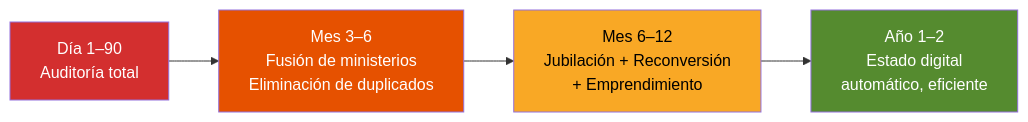
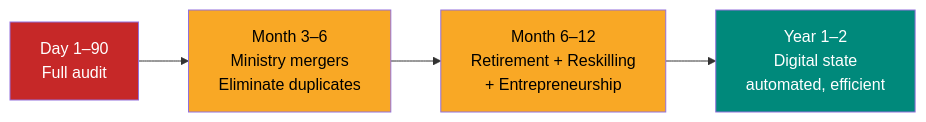
The tenth of 14 diagrams in i18n/en/docusaurus-plugin-content-docs/current/04-gobernanza/modelo-estado.md (Venezuela-S-A/venezuela-sa), drawn with Mermaid before and after one commit. The commit also changed other lines of this file and 127 other files, not shown here.

````diff
--- a/i18n/en/docusaurus-plugin-content-docs/current/04-gobernanza/modelo-estado.md
+++ b/i18n/en/docusaurus-plugin-content-docs/current/04-gobernanza/modelo-estado.md
@@ -248,10 +625,10 @@
 ```mermaid
 flowchart LR
-    A["Día 1–90<br/>Auditoría total"] --> B["Mes 3–6<br/>Fusión de ministerios<br/>Eliminación de duplicados"]
-    B --> C["Mes 6–12<br/>Jubilación + Reconversión<br/>+ Emprendimiento"]
-    C --> D["Año 1–2<br/>Estado digital<br/>automático, eficiente"]
-    style A fill:#d32f2f,color:#fff
-    style B fill:#e65100,color:#fff
-    style C fill:#f9a825,color:#000
-    style D fill:#558b2f,color:#fff
+    A["Day 1–90<br/>Full audit"] --> B["Month 3–6<br/>Ministry mergers<br/>Eliminate duplicates"]
+    B --> C["Month 6–12<br/>Retirement + Reskilling<br/>+ Entrepreneurship"]
+    C --> D["Year 1–2<br/>Digital state<br/>automated, efficient"]
+    style A fill:#C62828,color:#fff
+    style B fill:#F9A825,color:#000
+    style C fill:#F9A825,color:#000
+    style D fill:#00897B,color:#fff
 ```
````
